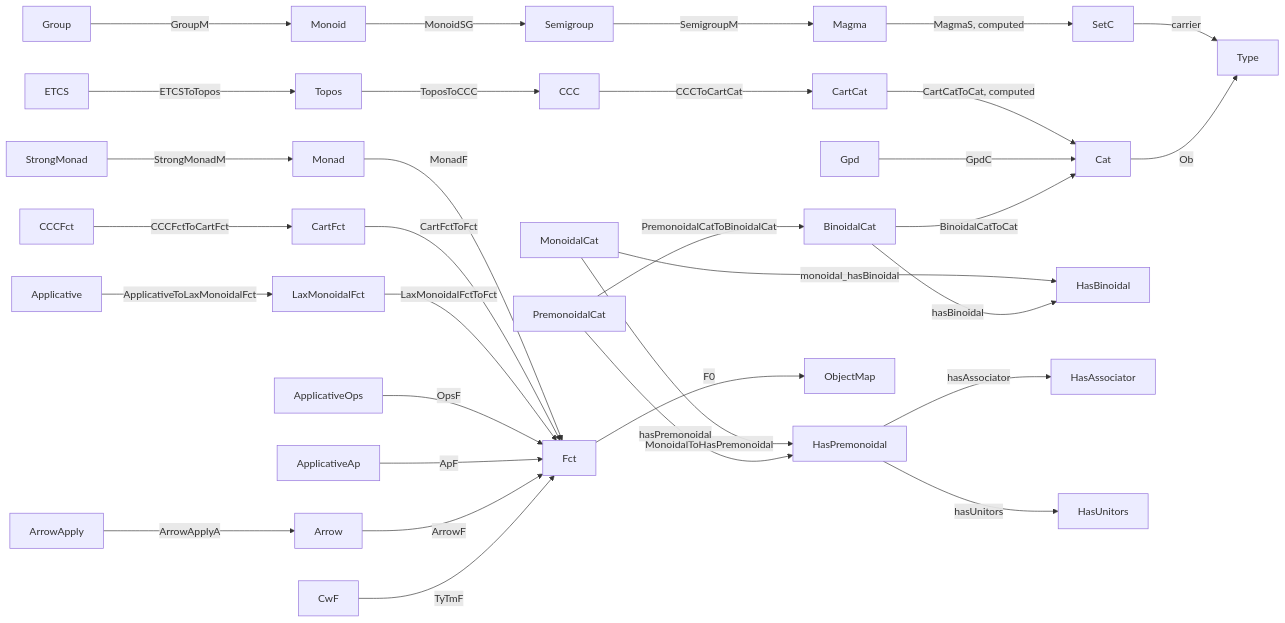
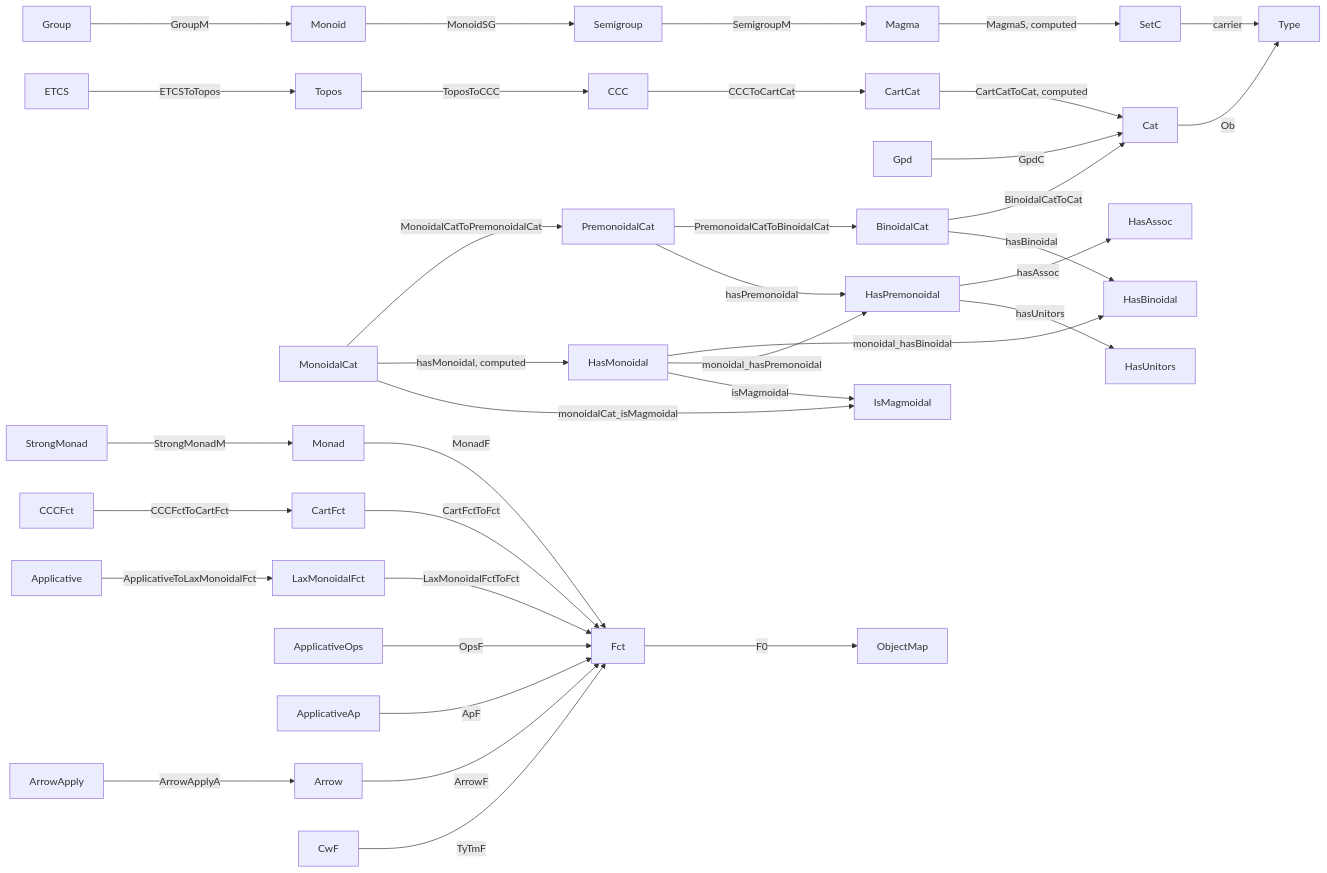
One commit to Godalin/rocq-cats changed the diagram in docs/BundledInterfaces.md. Above: the diagram before and after it, drawn with Mermaid. The commit also changed other lines of this file and 269 other files, not shown here.

````diff
--- a/docs/BundledInterfaces.md
+++ b/docs/BundledInterfaces.md
@@ -1897,34 +1905,38 @@
 ```mermaid
 flowchart LR
   Group -->|GroupM| Monoid
   Monoid -->|MonoidSG| Semigroup
   Semigroup -->|SemigroupM| Magma
   Magma -->|MagmaS, computed| SetC
   SetC -->|carrier| Type
   ETCS -->|ETCSToTopos| Topos
   Topos -->|ToposToCCC| CCC
   CCC -->|CCCToCartCat| CartCat
   CartCat -->|CartCatToCat, computed| Cat
   Gpd -->|GpdC| Cat
   Cat -->|Ob| Type
-  MonoidalCat -->|monoidal_hasBinoidal| HasBinoidal
-  MonoidalCat -->|MonoidalToHasPremonoidal| HasPremonoidal
+  MonoidalCat -->|MonoidalCatToPremonoidalCat| PremonoidalCat
+  MonoidalCat -->|hasMonoidal, computed| HasMonoidal
+  MonoidalCat -->|monoidalCat_isMagmoidal| IsMagmoidal
+  HasMonoidal -->|monoidal_hasBinoidal| HasBinoidal
+  HasMonoidal -->|monoidal_hasPremonoidal| HasPremonoidal
+  HasMonoidal -->|isMagmoidal| IsMagmoidal
   PremonoidalCat -->|PremonoidalCatToBinoidalCat| BinoidalCat
   PremonoidalCat -->|hasPremonoidal| HasPremonoidal
-  HasPremonoidal -->|hasAssociator| HasAssociator
+  HasPremonoidal -->|hasAssoc| HasAssoc
   HasPremonoidal -->|hasUnitors| HasUnitors
   BinoidalCat -->|BinoidalCatToCat| Cat
   BinoidalCat -->|hasBinoidal| HasBinoidal
   StrongMonad -->|StrongMonadM| Monad
   Monad -->|MonadF| Fct
   CCCFct -->|CCCFctToCartFct| CartFct
   CartFct -->|CartFctToFct| Fct
   Applicative -->|ApplicativeToLaxMonoidalFct| LaxMonoidalFct
   LaxMonoidalFct -->|LaxMonoidalFctToFct| Fct
   ApplicativeOps -->|OpsF| Fct
   ApplicativeAp -->|ApF| Fct
   ArrowApply -->|ArrowApplyA| Arrow
   Arrow -->|ArrowF| Fct
   CwF -->|TyTmF| Fct
   Fct -->|F0| ObjectMap
 ```
````
